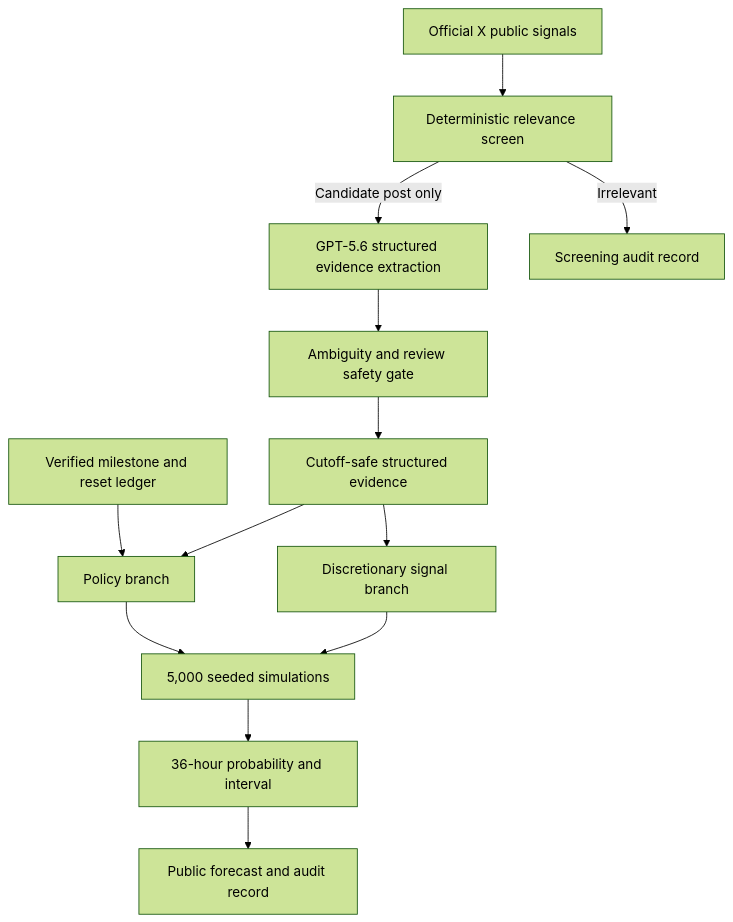
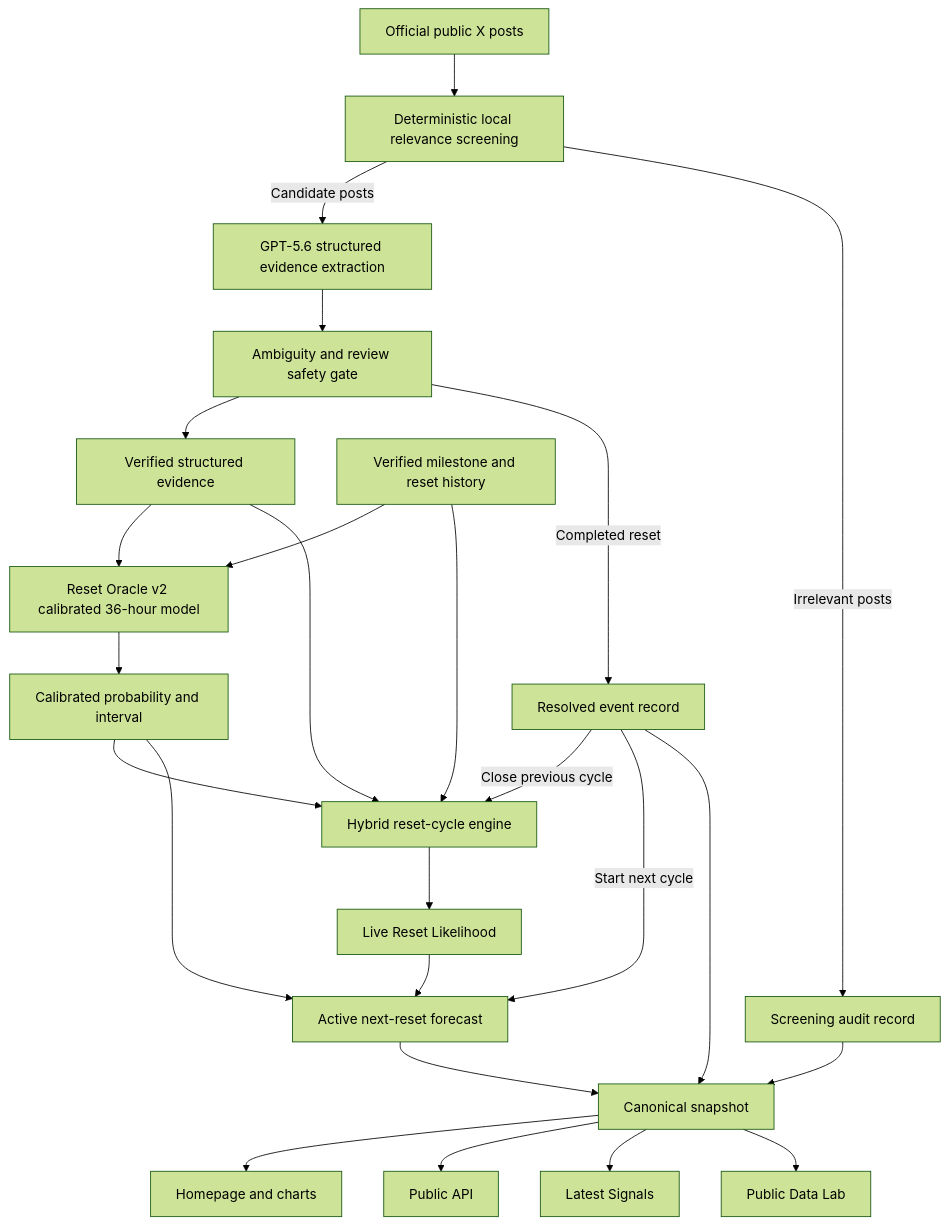
The diagram in README.md (9natthaphong/tiboreset), drawn with Mermaid (forest theme) before and after one commit. The commit also changed other lines of this file and 7 other files, not shown here.

Commit message:
docs: synchronize submission with hybrid reset cycle

````diff
--- a/README.md
+++ b/README.md
@@ -80,15 +84,27 @@
 ```mermaid
 flowchart TD
-    X[Official X public signals] --> S[Deterministic relevance screen]
-    S -->|Candidate post only| O[GPT-5.6 structured evidence extraction]
-    S -->|Irrelevant| A[Screening audit record]
-    O --> G[Ambiguity and review safety gate]
-    G --> E[Cutoff-safe structured evidence]
-    H[Verified milestone and reset ledger] --> P[Policy branch]
-    E --> P
-    E --> D[Discretionary signal branch]
-    P --> M[5,000 seeded simulations]
-    D --> M
-    M --> F[36-hour probability and interval]
-    F --> U[Public forecast and audit record]
+    X[Official public X posts] --> S[Deterministic local relevance screening]
+    S -->|Candidate posts| G[GPT-5.6 structured evidence extraction]
+    S -->|Irrelevant posts| A[Screening audit record]
+    G --> Q[Ambiguity and review safety gate]
+    Q --> E[Verified structured evidence]
+    H[Verified milestone and reset history] --> R[Reset Oracle v2 calibrated 36-hour model]
+    E --> R
+    R --> C[Calibrated probability and interval]
+    H --> Y[Hybrid reset-cycle engine]
+    E --> Y
+    C --> Y
+    Y --> L[Live Reset Likelihood]
+    Q -->|Completed reset| Z[Resolved event record]
+    Z -->|Close previous cycle| Y
+    Z -->|Start next cycle| N[Active next-reset forecast]
+    L --> N
+    C --> N
+    A --> K[Canonical snapshot]
+    Z --> K
+    N --> K
+    K --> U[Homepage and charts]
+    K --> API[Public API]
+    K --> LS[Latest Signals]
+    K --> DL[Public Data Lab]
 ```
````
